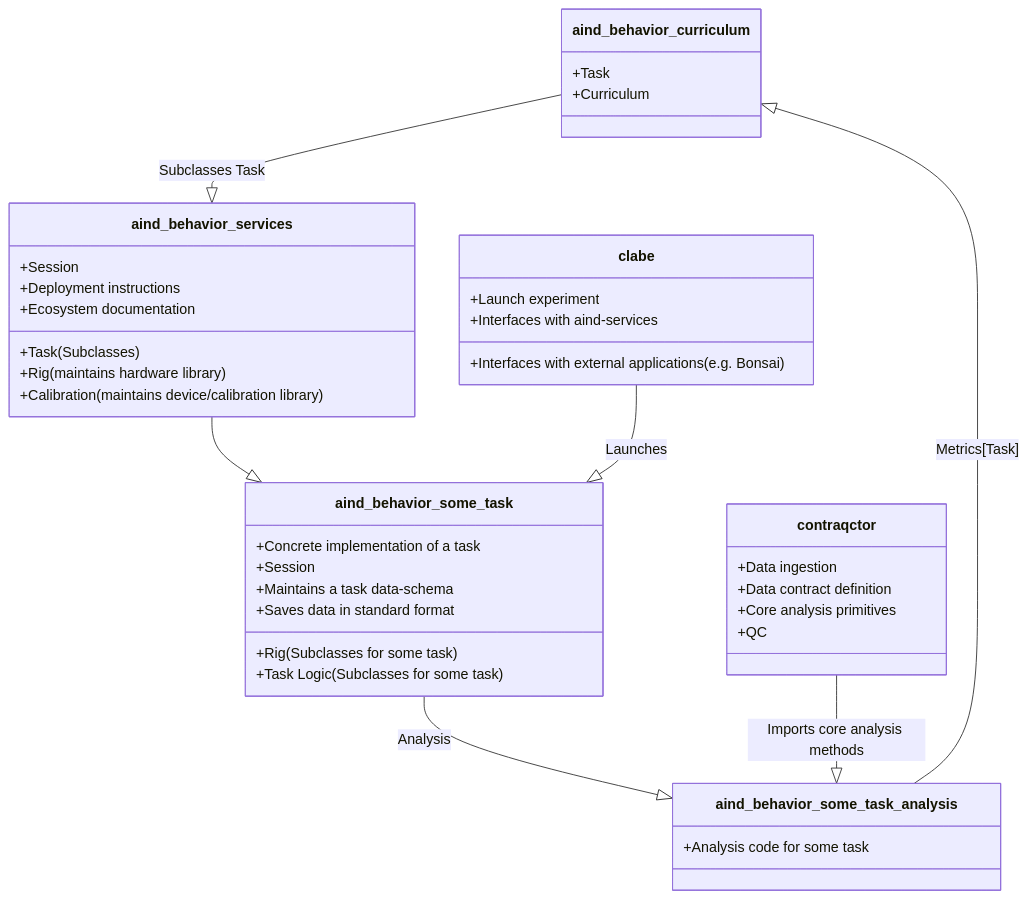
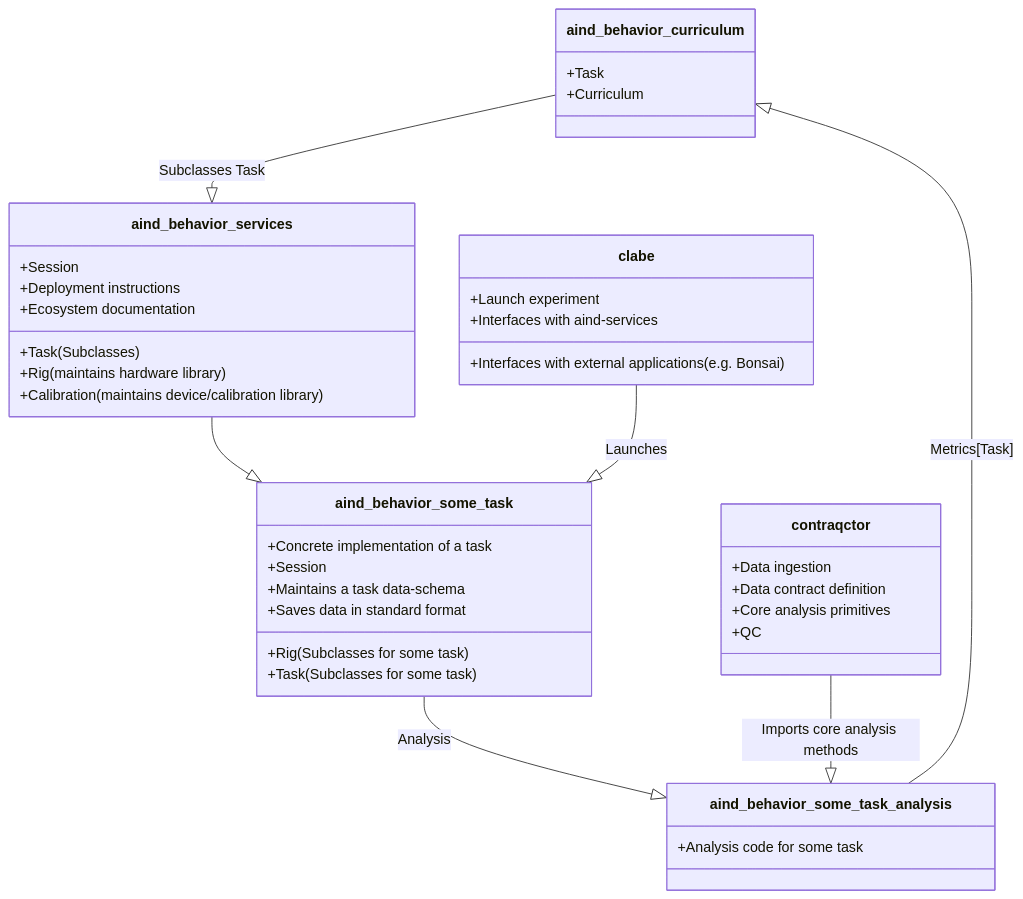
One commit to AllenNeuralDynamics/Aind.Behavior.Services changed the diagram in README.md. Above: the diagram before and after it, drawn with Mermaid. The commit also changed 3 other files, not shown here.

````diff
--- a/README.md
+++ b/README.md
@@ -82,51 +82,51 @@
 ```mermaid
 classDiagram
     class aind_behavior_curriculum {
         +Task
         +Curriculum
     }
 
     class aind_behavior_services {
         +Task (Subclasses)
         +Rig (maintains hardware library)
         +Session
         +Calibration (maintains device/calibration library)
         +Deployment instructions
         +Ecosystem documentation
     }
 
     class clabe {
         +Launch experiment
         +Interfaces with external applications (e.g. Bonsai)
         +Interfaces with aind-services
     }
 
     class aind_behavior_some_task {
         +Concrete implementation of a task
         +Rig (Subclasses for some task)
         +Session
-        +Task Logic (Subclasses for some task)
+        +Task (Subclasses for some task)
         +Maintains a task data-schema
         +Saves data in standard format
     }
 
     class aind_behavior_some_task_analysis {
         +Analysis code for some task
     }
 
     class contraqctor {
         +Data ingestion
         +Data contract definition
         +Core analysis primitives
         +QC
     }
 
     aind_behavior_curriculum --|> aind_behavior_services : Subclasses Task
     aind_behavior_services --|> aind_behavior_some_task 
     aind_behavior_some_task --|> aind_behavior_some_task_analysis : Analysis
     contraqctor --|> aind_behavior_some_task_analysis : Imports core analysis methods
     aind_behavior_some_task_analysis --|> aind_behavior_curriculum : Metrics[Task]
     
     clabe --|> aind_behavior_some_task : Launches
 
 ```
````
